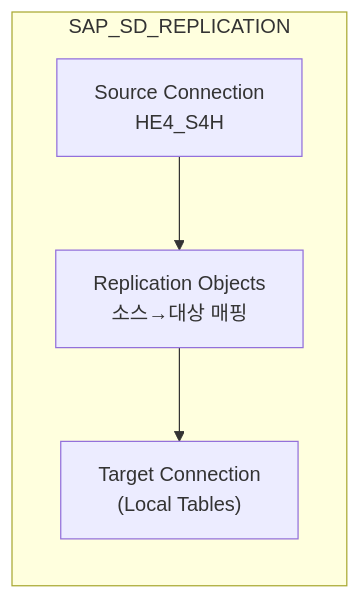
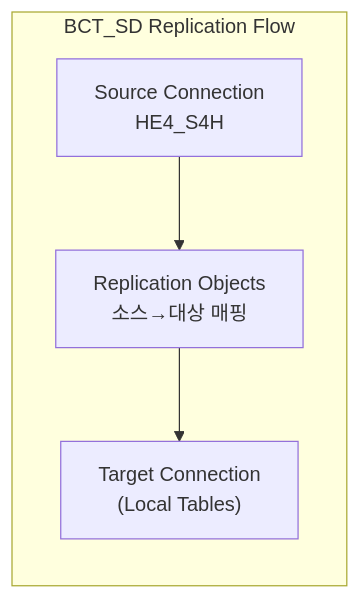
Before and after one commit to youngseols925/sap-datasphere-bdc-workshop: the third of 6 diagrams in labs/lab2-replication-flow.md, drawn with Mermaid. The commit also changed other lines of this file and 5 other files, not shown here.

````diff
--- a/labs/lab2-replication-flow.md
+++ b/labs/lab2-replication-flow.md
@@ -61,9 +61,9 @@
 ```mermaid
 graph LR
-    subgraph RF["SAP_SD_REPLICATION"]
+    subgraph RF["BCT_SD Replication Flow"]
         SRC_CONN["Source Connection\nHE4_S4H"]
         TGT_CONN["Target Connection\n(Local Tables)"]
         MAPPING["Replication Objects\n소스→대상 매핑"]
     end
     SRC_CONN --> MAPPING --> TGT_CONN
 ```
````
